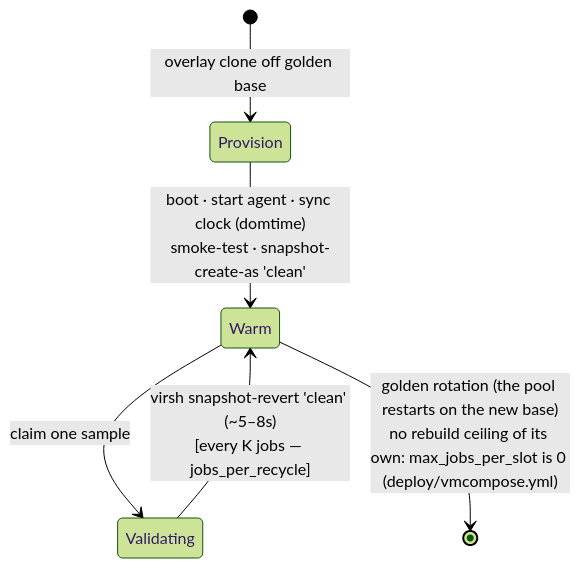
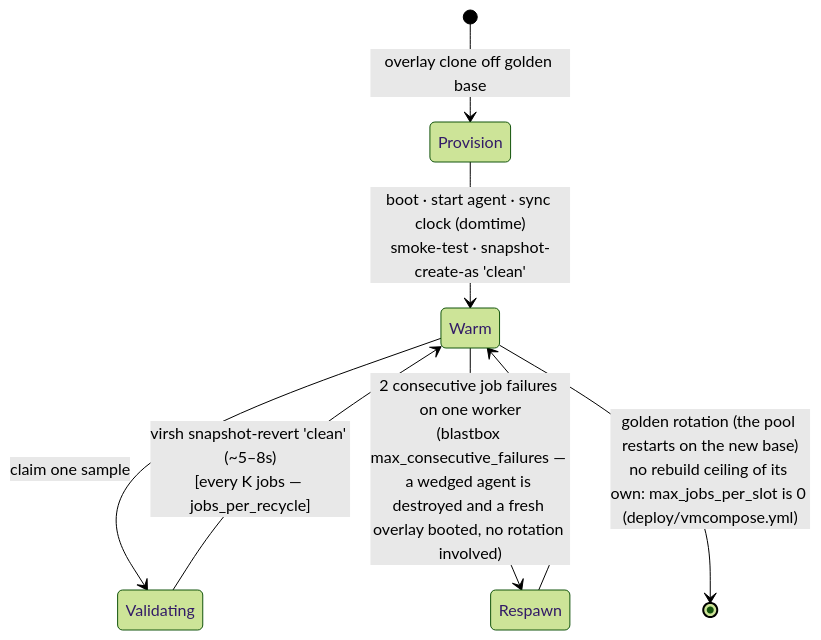
Before and after one commit to wmetcalf/win-validator: the second of 2 diagrams in README.md, drawn with Mermaid (forest theme). The commit also changed other lines of this file and 2 other files, not shown here.

First line of the commit message:
docs: the branch's own behaviours an operator meets — respawn, orphan recovery, /cert's window, the CLI's exit status

````diff
--- a/README.md
+++ b/README.md
@@ -81,8 +81,10 @@
 ```mermaid
 stateDiagram-v2
     [*] --> Provision: overlay clone off golden base
     Provision --> Warm: boot · start agent · sync clock (domtime)<br/>smoke-test · snapshot-create-as 'clean'
     Warm --> Validating: claim one sample
     Validating --> Warm: virsh snapshot-revert 'clean' (~5–8s)<br/>[every K jobs — jobs_per_recycle]
+    Warm --> Respawn: 2 consecutive job failures on one worker<br/>(blastbox max_consecutive_failures — a wedged agent is destroyed and a fresh overlay booted, no rotation involved)
+    Respawn --> Warm
     Warm --> [*]: golden rotation (the pool restarts on the new base)<br/>no rebuild ceiling of its own: max_jobs_per_slot is 0 (deploy/vmcompose.yml)
 ```
````
